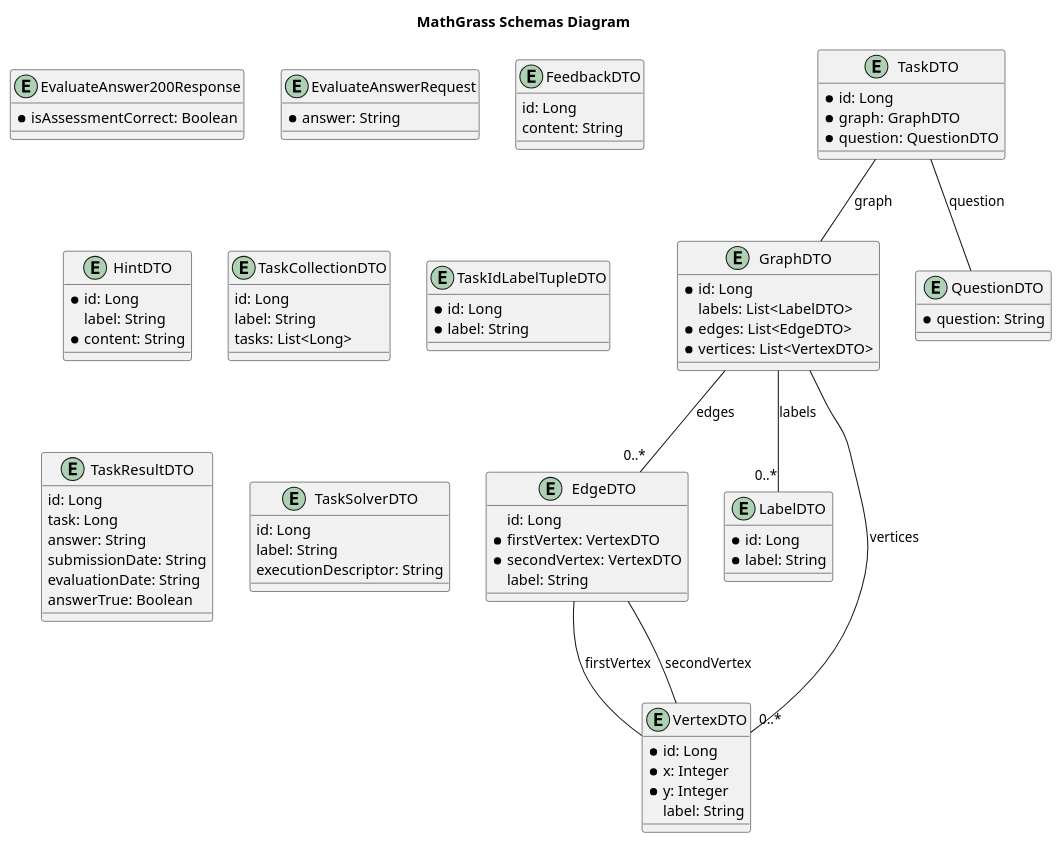
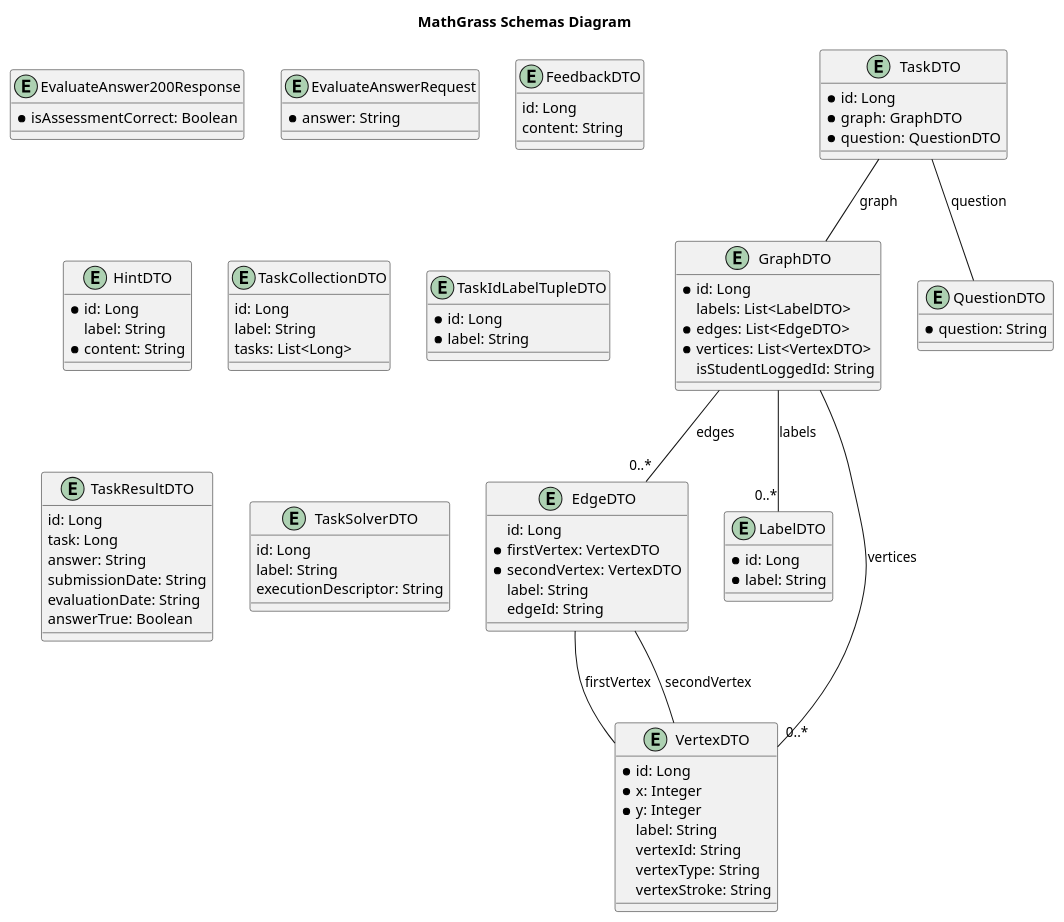
One commit to MathGrass/mathgrass-api changed the diagram in openapi-spec/schemas.plantuml. Above: the diagram before and after it, drawn with PlantUML. The commit also changed 14 other files, not shown here.

Commit message:
Correction in save graph,sonar lint and change of package controller to Rest API

```diff
--- a/openapi-spec/schemas.plantuml
+++ b/openapi-spec/schemas.plantuml
@@ -1,95 +1,100 @@
 @startuml
 
 title MathGrass Schemas Diagram
 
 entity EdgeDTO {
     id: Long
     * firstVertex: VertexDTO
     * secondVertex: VertexDTO
     label: String
+    edgeId: String
 }
 
 entity EvaluateAnswer200Response {
     * isAssessmentCorrect: Boolean
 }
 
 entity EvaluateAnswerRequest {
     * answer: String
 }
 
 entity FeedbackDTO {
     id: Long
     content: String
 }
 
 entity GraphDTO {
     * id: Long
     labels: List<LabelDTO>
     * edges: List<EdgeDTO>
     * vertices: List<VertexDTO>
+    isStudentLoggedId: String
 }
 
 entity HintDTO {
     * id: Long
     label: String
     * content: String
 }
 
 entity LabelDTO {
     * id: Long
     * label: String
 }
 
 entity QuestionDTO {
     * question: String
 }
 
 entity TaskCollectionDTO {
     id: Long
     label: String
     tasks: List<Long>
 }
 
 entity TaskDTO {
     * id: Long
     * graph: GraphDTO
     * question: QuestionDTO
 }
 
 entity TaskIdLabelTupleDTO {
     * id: Long
     * label: String
 }
 
 entity TaskResultDTO {
     id: Long
     task: Long
     answer: String
     submissionDate: String
     evaluationDate: String
     answerTrue: Boolean
 }
 
 entity TaskSolverDTO {
     id: Long
     label: String
     executionDescriptor: String
 }
 
 entity VertexDTO {
     * id: Long
     * x: Integer
     * y: Integer
     label: String
+    vertexId: String
+    vertexType: String
+    vertexStroke: String
 }
 
 
 GraphDTO -- "0..*" LabelDTO : labels
 GraphDTO -- "0..*" EdgeDTO : edges
 GraphDTO -- "0..*" VertexDTO : vertices
 TaskDTO -- GraphDTO : graph
 TaskDTO -- QuestionDTO : question
 EdgeDTO -- VertexDTO : firstVertex
 EdgeDTO -- VertexDTO : secondVertex
 
 @enduml
```
